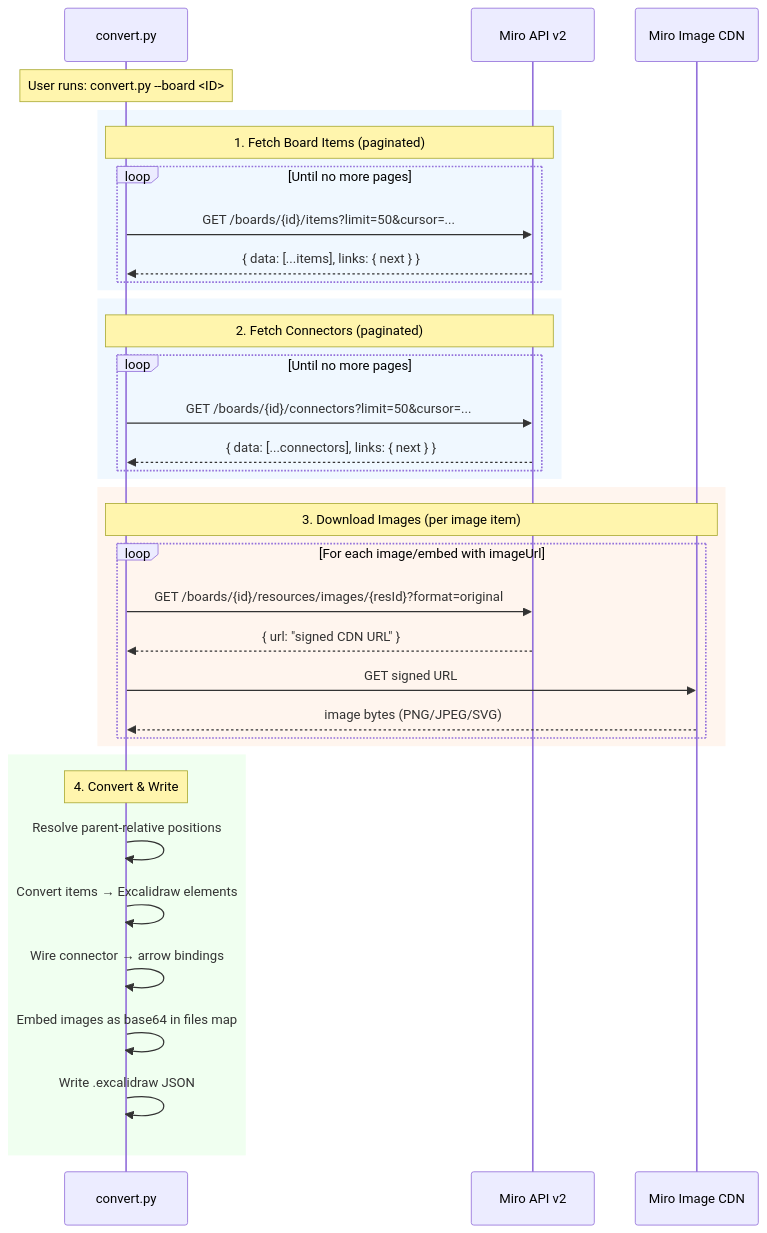
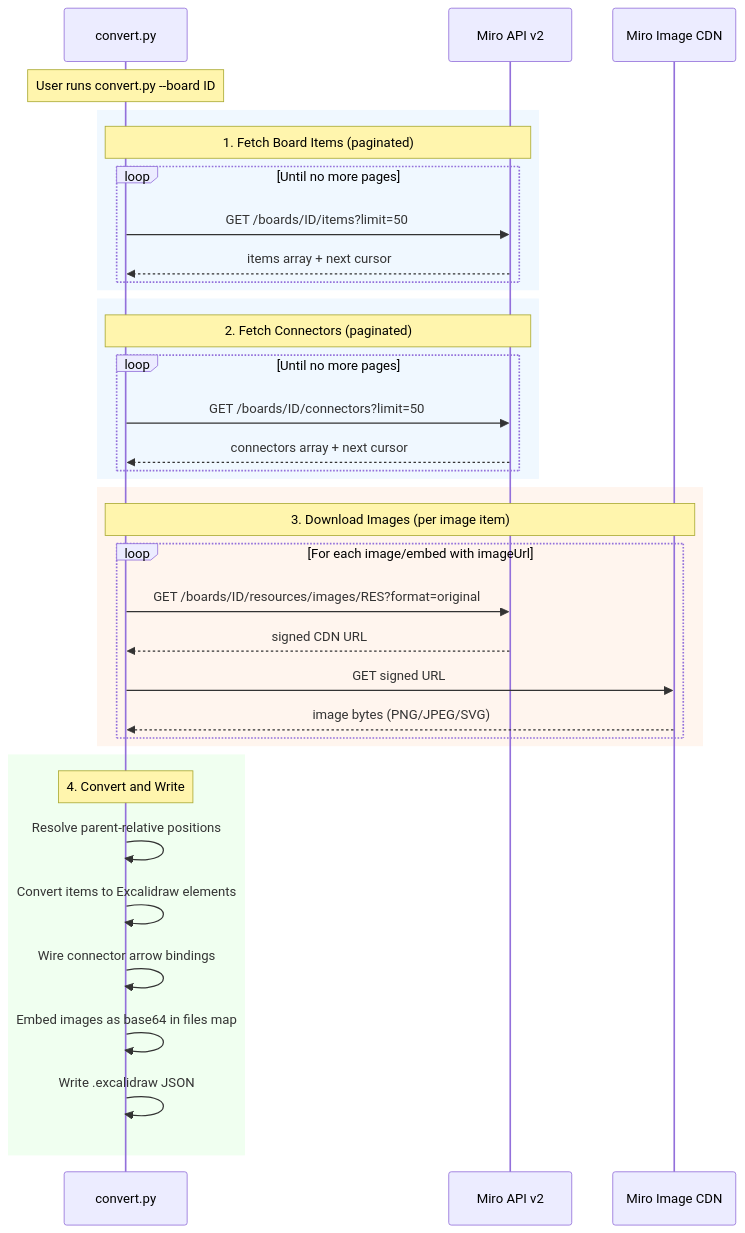
The first of 3 diagrams in README.md (dantes4ur/miro-to-excalidraw), drawn with Mermaid before and after one commit. The commit also changed other lines of this file, not shown here.

First line of the commit message:
Fix mermaid diagrams for GitHub rendering, add installation section

````diff
--- a/README.md
+++ b/README.md
@@ -69,43 +85,43 @@
 ```mermaid
 sequenceDiagram
     participant CLI as convert.py
     participant API as Miro API v2
     participant CDN as Miro Image CDN
 
-    Note over CLI: User runs: convert.py --board <ID>
+    Note over CLI: User runs convert.py --board ID
 
     rect rgb(240, 248, 255)
         Note over CLI,API: 1. Fetch Board Items (paginated)
         loop Until no more pages
-            CLI->>API: GET /boards/{id}/items?limit=50&cursor=...
-            API-->>CLI: { data: [...items], links: { next } }
+            CLI->>API: GET /boards/ID/items?limit=50
+            API-->>CLI: items array + next cursor
         end
     end
 
     rect rgb(240, 248, 255)
         Note over CLI,API: 2. Fetch Connectors (paginated)
         loop Until no more pages
-            CLI->>API: GET /boards/{id}/connectors?limit=50&cursor=...
-            API-->>CLI: { data: [...connectors], links: { next } }
+            CLI->>API: GET /boards/ID/connectors?limit=50
+            API-->>CLI: connectors array + next cursor
         end
     end
 
     rect rgb(255, 245, 238)
         Note over CLI,CDN: 3. Download Images (per image item)
         loop For each image/embed with imageUrl
-            CLI->>API: GET /boards/{id}/resources/images/{resId}?format=original
-            API-->>CLI: { url: "signed CDN URL" }
+            CLI->>API: GET /boards/ID/resources/images/RES?format=original
+            API-->>CLI: signed CDN URL
             CLI->>CDN: GET signed URL
             CDN-->>CLI: image bytes (PNG/JPEG/SVG)
         end
     end
 
     rect rgb(240, 255, 240)
-        Note over CLI: 4. Convert & Write
+        Note over CLI: 4. Convert and Write
         CLI->>CLI: Resolve parent-relative positions
-        CLI->>CLI: Convert items → Excalidraw elements
-        CLI->>CLI: Wire connector → arrow bindings
+        CLI->>CLI: Convert items to Excalidraw elements
+        CLI->>CLI: Wire connector arrow bindings
         CLI->>CLI: Embed images as base64 in files map
         CLI->>CLI: Write .excalidraw JSON
     end
 ```
````
